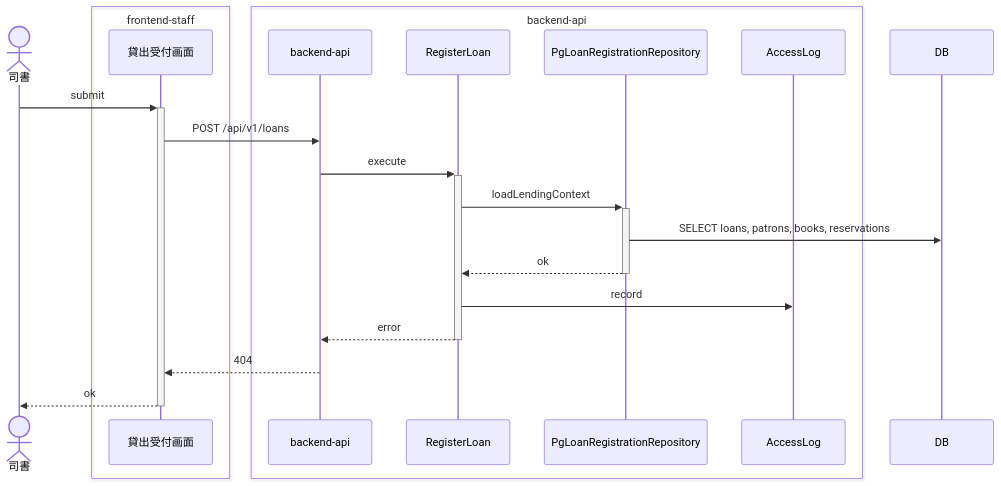
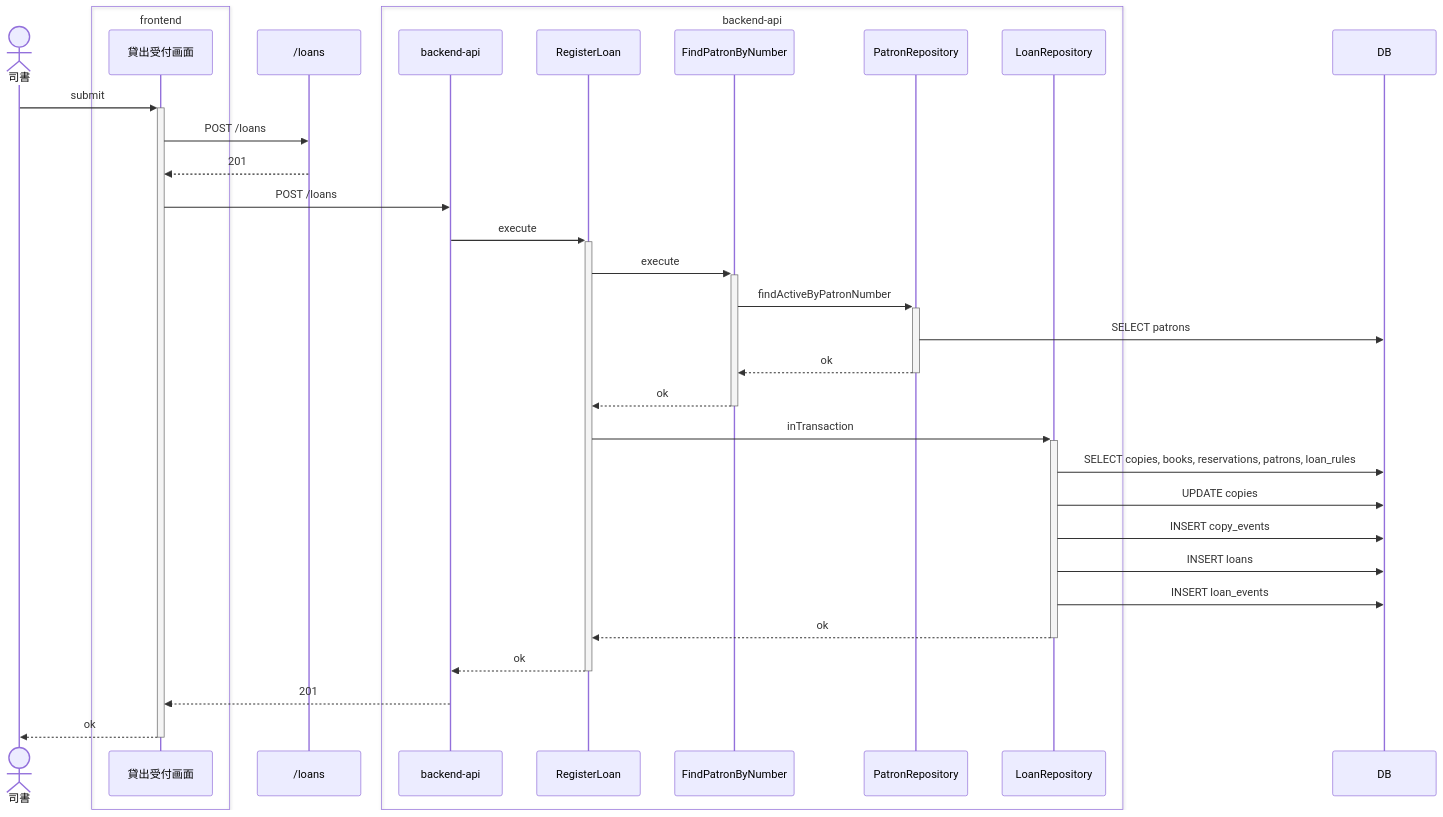
The second of 6 diagrams in samples/distillery2/library-loan/docs/as-built/貸出業務/貸出を登録する/sequence.md (suwa-sh/suwa-sh-claude-plugins), drawn with Mermaid before and after one commit. The commit also changed other lines of this file and 249 other files, not shown here.

````diff
--- a/samples/distillery2/library-loan/docs/as-built/貸出業務/貸出を登録する/sequence.md
+++ b/samples/distillery2/library-loan/docs/as-built/貸出業務/貸出を登録する/sequence.md
@@ -58,24 +44,36 @@
 ```mermaid
 sequenceDiagram
     actor p0 as 司書
-    box transparent frontend-staff
+    box transparent frontend
         participant p1 as 貸出受付画面
     end
+    participant p2 as /loans
     box transparent backend-api
-        participant p2 as backend-api
-        participant p3 as RegisterLoan
-        participant p4 as PgLoanRegistrationRepository
-        participant p6 as AccessLog
+        participant p3 as backend-api
+        participant p4 as RegisterLoan
+        participant p5 as FindPatronByNumber
+        participant p6 as PatronRepository
+        participant p8 as LoanRepository
     end
-    participant p5 as DB
+    participant p7 as DB
     p0->>+p1: submit
-    p1->>p2: POST /api/v1/loans
-    p2->>+p3: execute
-    p3->>+p4: loadLendingContext
-    p4->>p5: SELECT loans, patrons, books, reservations
+    p1->>p2: POST /loans
+    p2-->>p1: 201
+    p1->>p3: POST /loans
+    p3->>+p4: execute
+    p4->>+p5: execute
+    p5->>+p6: findActiveByPatronNumber
+    p6->>p7: SELECT patrons
+    p6-->>-p5: ok
+    p5-->>-p4: ok
+    p4->>+p8: inTransaction
+    p8->>p7: SELECT copies, books, reservations, patrons, loan_rules
+    p8->>p7: UPDATE copies
+    p8->>p7: INSERT copy_events
+    p8->>p7: INSERT loans
+    p8->>p7: INSERT loan_events
+    p8-->>-p4: ok
     p4-->>-p3: ok
-    p3->>p6: record
-    p3-->>-p2: error
-    p2-->>p1: 404
+    p3-->>p1: 201
     p1-->>-p0: ok
 ```
````
